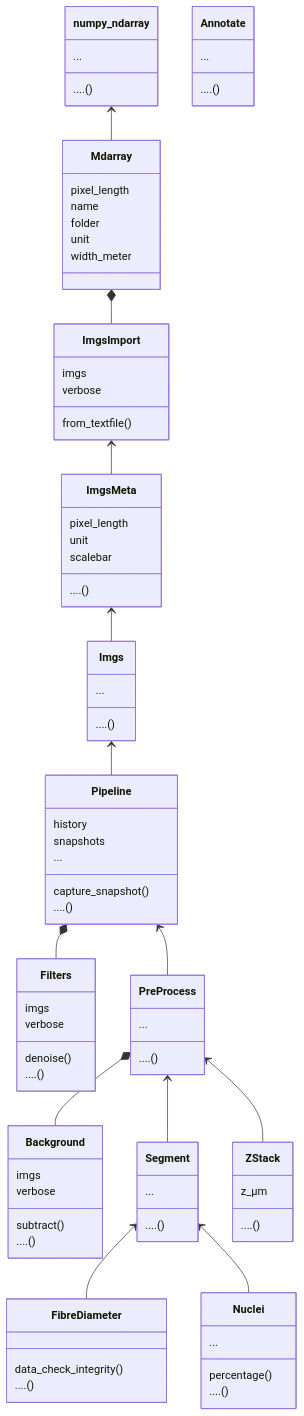
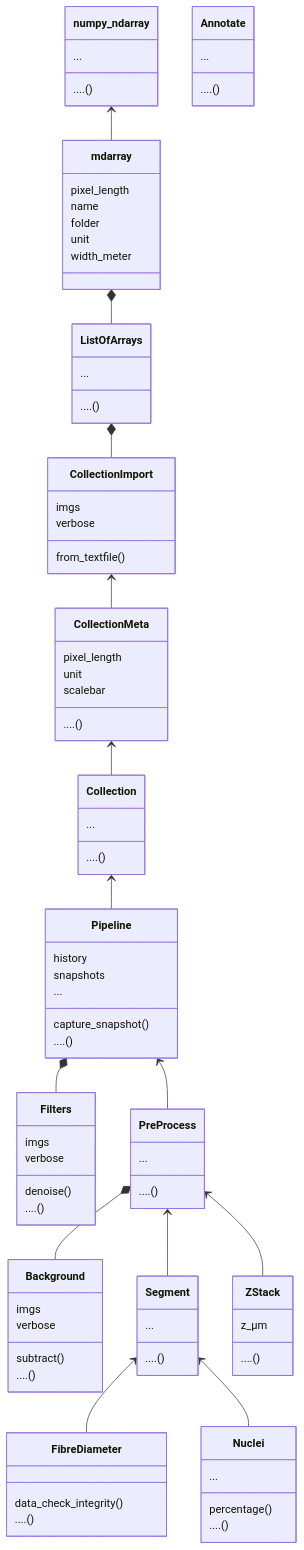
One commit to markur4/a_shg_collagen changed the diagram in README.md. Above: the diagram before and after it, drawn with Mermaid. The commit also changed 16 other files, not shown here.

```diff
--- a/README.md
+++ b/README.md
@@ -119,35 +119,41 @@
       ...
       ....()
    }
-   class Mdarray {
+   class mdarray {
       pixel_length
       name
       folder
       unit
       width_meter
    }
-   numpy_ndarray <-- Mdarray
+   numpy_ndarray <-- mdarray
    
-   class ImgsImport {
+   class ListOfArrays{
+      ...
+      ....()
+   }
+   mdarray *-- ListOfArrays
+   
+   class CollectionImport {
       imgs
       verbose
       from_textfile()
    }
-   Mdarray *-- ImgsImport
+   ListOfArrays *-- CollectionImport
    
-      class ImgsMeta{
+   class CollectionMeta{
       pixel_length
       unit
       scalebar
       ....()
    }
-   ImgsImport <-- ImgsMeta
+   CollectionImport <-- CollectionMeta
    
-   class Imgs{
+   class Collection{
       ...
       ....()
    }
-   ImgsMeta <-- Imgs
+   CollectionMeta <-- Collection
    
    %% == Preprocessing ==============================================
 
@@ -166,7 +172,7 @@
       capture_snapshot()
       ....()
    }
-   Imgs <-- Pipeline
+   Collection <-- Pipeline
 
    class Background{
       imgs
```
